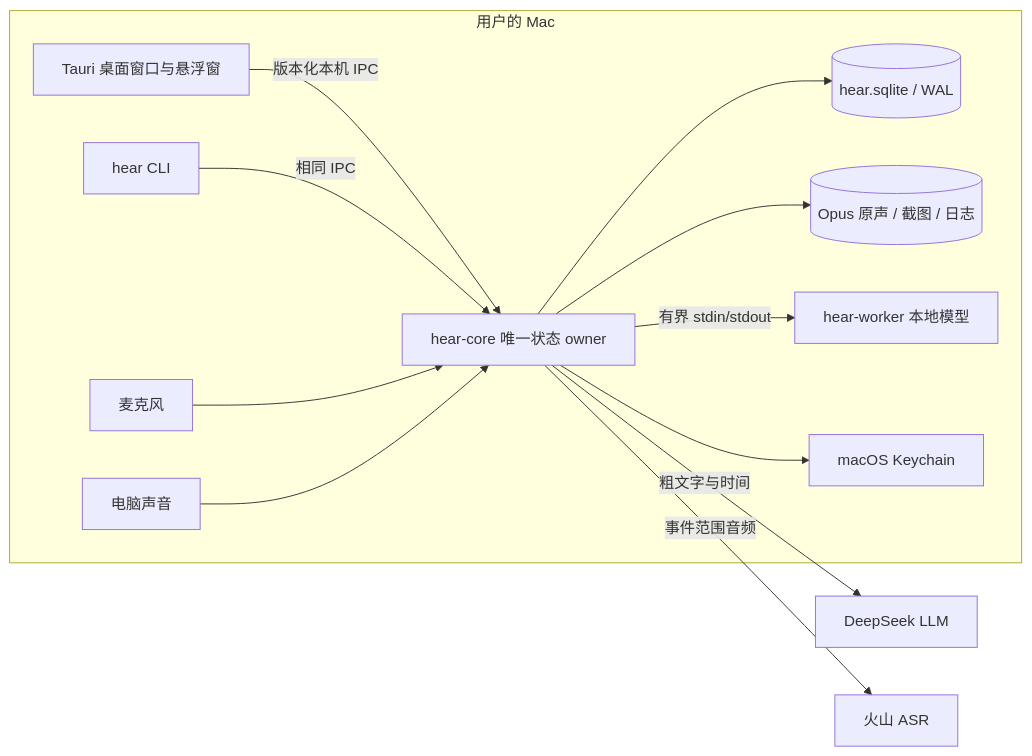
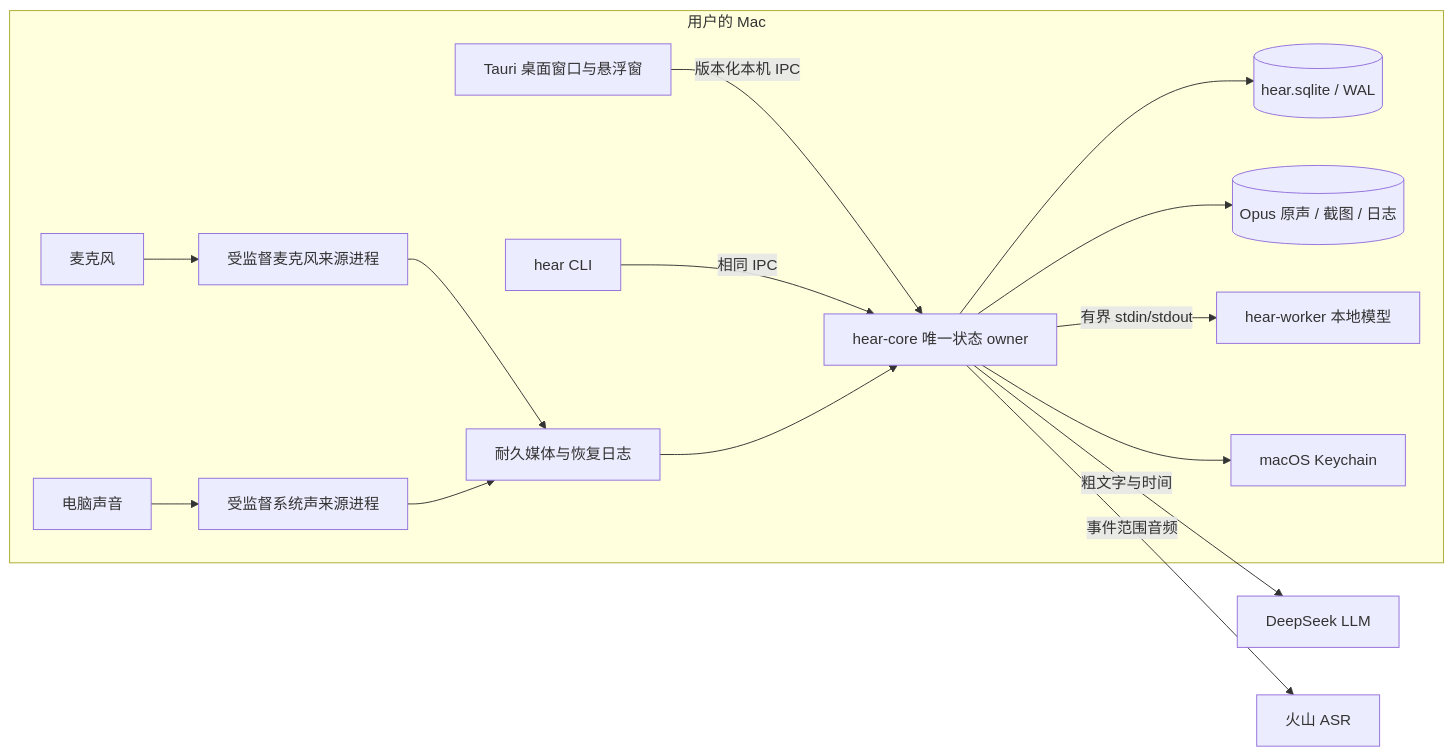
The first of 2 diagrams in specs/ARCHITECTURE.md (hAcKlyc/loppi), drawn with Mermaid before and after one commit. The commit also changed other lines of this file and 18 other files, not shown here.

First line of the commit message:
refactor(core): isolate capture from database and native failures

````diff
--- a/specs/ARCHITECTURE.md
+++ b/specs/ARCHITECTURE.md
@@ -7,15 +7,18 @@
 ```mermaid
 flowchart LR
   subgraph Mac[用户的 Mac]
     UI[Tauri 桌面窗口与悬浮窗] -->|版本化本机 IPC| Core[hear-core 唯一状态 owner]
     CLI[hear CLI] -->|相同 IPC| Core
-    MIC[麦克风] --> Core
-    SYS[电脑声音] --> Core
+    MIC[麦克风] --> CaptureMic[受监督麦克风来源进程]
+    SYS[电脑声音] --> CaptureSys[受监督系统声来源进程]
+    CaptureMic --> Journal[耐久媒体与恢复日志]
+    CaptureSys --> Journal
+    Journal --> Core
     Core --> DB[(hear.sqlite / WAL)]
     Core --> Files[(Opus 原声 / 截图 / 日志)]
     Core -->|有界 stdin/stdout| Worker[hear-worker 本地模型]
     Core --> KC[macOS Keychain]
   end
   Core -->|粗文字与时间| LLM[DeepSeek LLM]
   Core -->|事件范围音频| ASR[火山 ASR]
 ```
````
